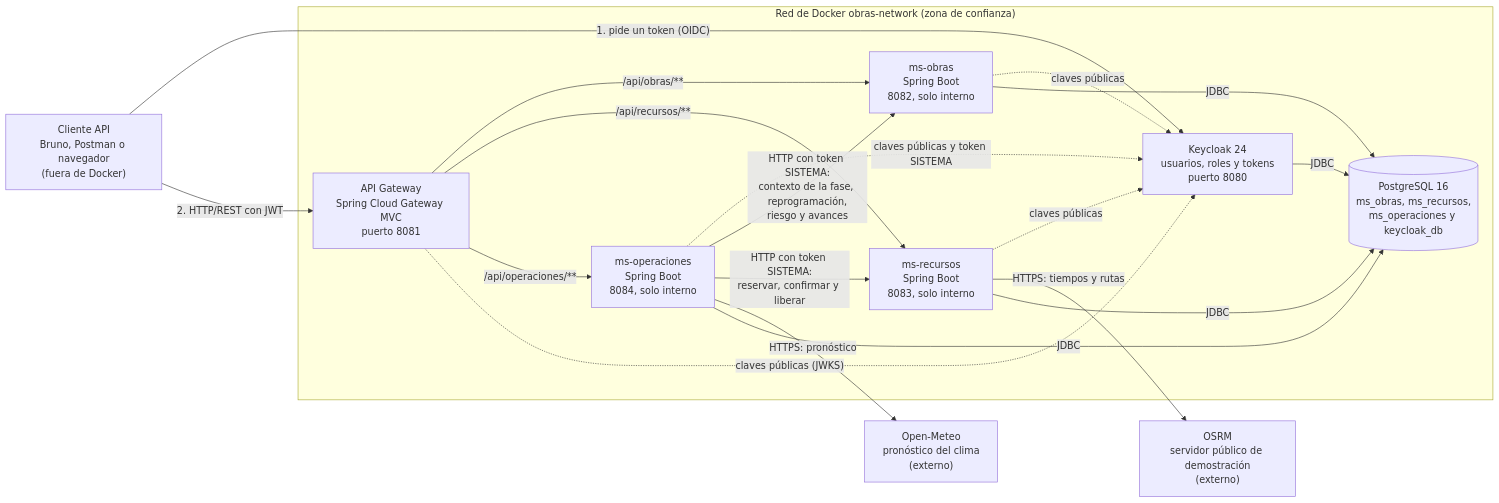
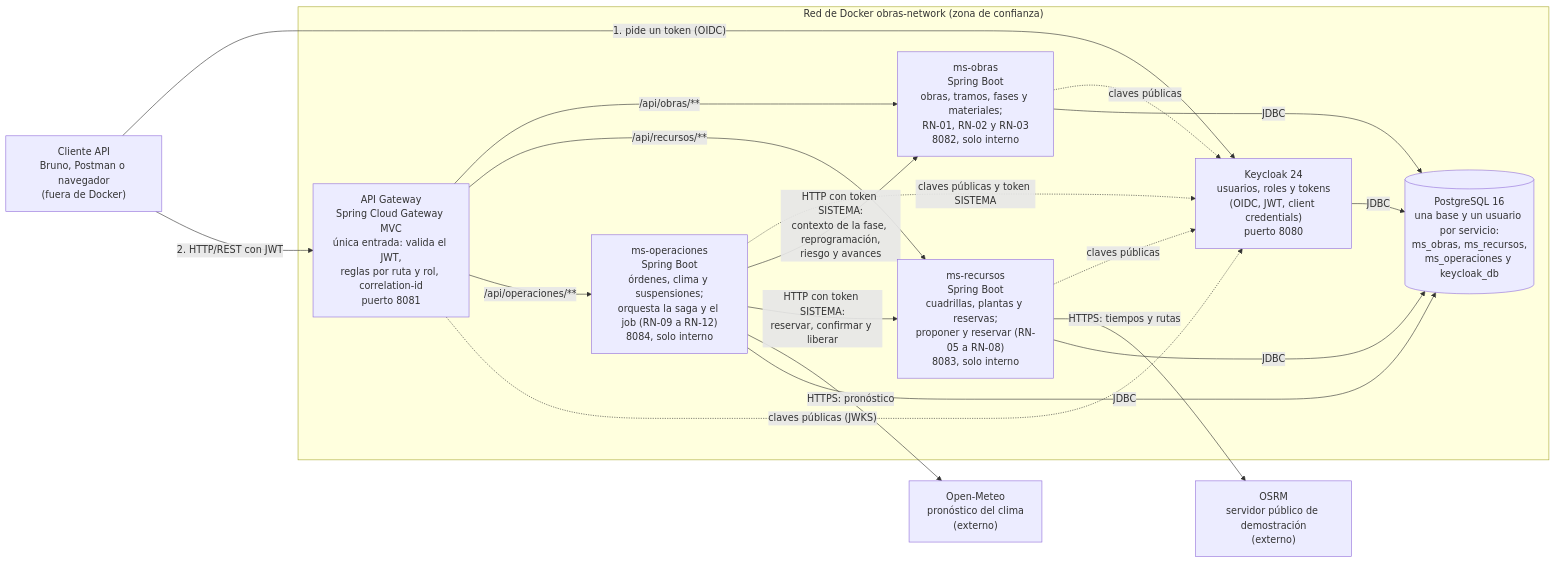
Before and after one commit to nietofede/tp_obrasViales: the diagram in docs/c2-contenedores.md, drawn with Mermaid. The commit also changed other lines of this file, not shown here.

Commit message:
docs: responsabilidades en el C2
La seccion 06 del cuestionario pide responsabilidades, tecnologias y
comunicaciones de cada contenedor. Las cajas del diagrama solo tenian
nombre y puerto: ahora dicen que hace cada contenedor, y se suma una
tabla con responsabilidad, tecnologia y que guarda cada uno.

````diff
--- a/docs/c2-contenedores.md
+++ b/docs/c2-contenedores.md
@@ -5,39 +5,39 @@
 ```mermaid
 flowchart LR
     cliente["Cliente API<br/>Bruno, Postman o navegador<br/>(fuera de Docker)"]
 
     osrm["OSRM<br/>servidor público de demostración<br/>(externo)"]
     meteo["Open-Meteo<br/>pronóstico del clima<br/>(externo)"]
 
     subgraph docker["Red de Docker obras-network (zona de confianza)"]
-        gateway["API Gateway<br/>Spring Cloud Gateway MVC<br/>puerto 8081"]
-        keycloak["Keycloak 24<br/>usuarios, roles y tokens<br/>puerto 8080"]
-        obras["ms-obras<br/>Spring Boot<br/>8082, solo interno"]
-        recursos["ms-recursos<br/>Spring Boot<br/>8083, solo interno"]
-        operaciones["ms-operaciones<br/>Spring Boot<br/>8084, solo interno"]
-        postgres[("PostgreSQL 16<br/>ms_obras, ms_recursos,<br/>ms_operaciones y keycloak_db")]
+        gateway["API Gateway<br/>Spring Cloud Gateway MVC<br/>única entrada: valida el JWT,<br/>reglas por ruta y rol, correlation-id<br/>puerto 8081"]
+        keycloak["Keycloak 24<br/>usuarios, roles y tokens<br/>(OIDC, JWT, client credentials)<br/>puerto 8080"]
+        obras["ms-obras<br/>Spring Boot<br/>obras, tramos, fases y materiales;<br/>RN-01, RN-02 y RN-03<br/>8082, solo interno"]
+        recursos["ms-recursos<br/>Spring Boot<br/>cuadrillas, plantas y reservas;<br/>proponer y reservar (RN-05 a RN-08)<br/>8083, solo interno"]
+        operaciones["ms-operaciones<br/>Spring Boot<br/>órdenes, clima y suspensiones;<br/>orquesta la saga y el job (RN-09 a RN-12)<br/>8084, solo interno"]
+        postgres[("PostgreSQL 16<br/>una base y un usuario por servicio:<br/>ms_obras, ms_recursos,<br/>ms_operaciones y keycloak_db")]
     end
 
     cliente -->|"1. pide un token (OIDC)"| keycloak
     cliente -->|"2. HTTP/REST con JWT"| gateway
 
     gateway -->|"/api/obras/**"| obras
     gateway -->|"/api/recursos/**"| recursos
     gateway -->|"/api/operaciones/**"| operaciones
 
     gateway -.->|"claves públicas (JWKS)"| keycloak
     obras -.->|"claves públicas"| keycloak
     recursos -.->|"claves públicas"| keycloak
     operaciones -.->|"claves públicas y token SISTEMA"| keycloak
 
     operaciones -->|"HTTP con token SISTEMA:<br/>contexto de la fase, reprogramación,<br/>riesgo y avances"| obras
     operaciones -->|"HTTP con token SISTEMA:<br/>reservar, confirmar y liberar"| recursos
 
     operaciones -->|"HTTPS: pronóstico"| meteo
     recursos -->|"HTTPS: tiempos y rutas"| osrm
 
     obras -->|"JDBC"| postgres
     recursos -->|"JDBC"| postgres
     operaciones -->|"JDBC"| postgres
     keycloak -->|"JDBC"| postgres
 ```
````
